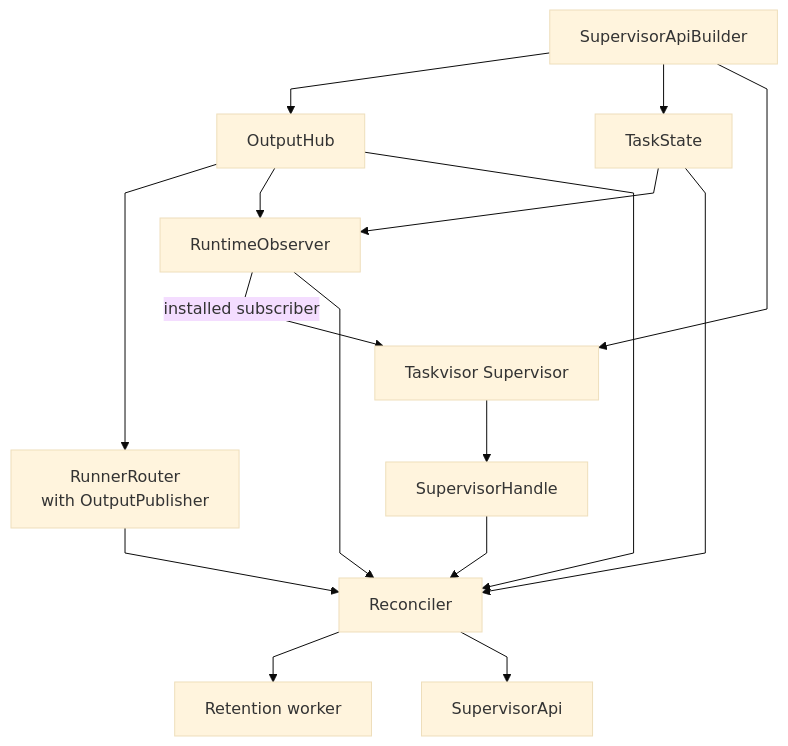
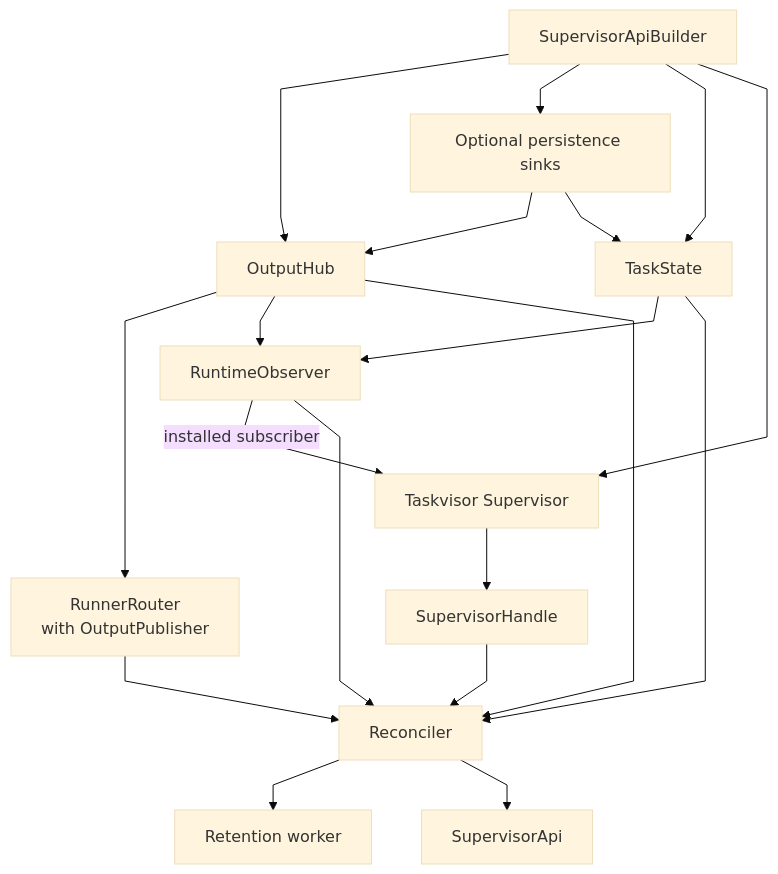
Before and after one commit to soltiHQ/sdk: the second of 8 diagrams in crates/solti-core/ARCHITECTURE.md, drawn with Mermaid (base theme). The commit also changed other lines of this file and 9 other files, not shown here.

First line of the commit message:
[core] Add persistence hooks for task state and output (#53)

````diff
--- a/crates/solti-core/ARCHITECTURE.md
+++ b/crates/solti-core/ARCHITECTURE.md
@@ -67,30 +72,34 @@
 ```mermaid
 %%{init: {"flowchart": {"curve": "linear"}}}%%
 flowchart TB
     Builder["SupervisorApiBuilder"]
     Output["OutputHub"]
+    Sinks["Optional persistence sinks"]
     Router["RunnerRouter<br/>with OutputPublisher"]
     State["TaskState"]
     Observer["RuntimeObserver"]
     Taskvisor["Taskvisor Supervisor"]
     Handle["SupervisorHandle"]
     Reconciler["Reconciler"]
     Retention["Retention worker"]
     Api["SupervisorApi"]
 
     Builder --> Output
+    Builder --> Sinks
+    Sinks --> Output
     Output --> Router
     Builder --> State
+    Sinks --> State
     State --> Observer
     Output --> Observer
     Observer -->|installed subscriber| Taskvisor
     Builder --> Taskvisor
     Taskvisor --> Handle
     Handle --> Reconciler
     Router --> Reconciler
     State --> Reconciler
     Observer --> Reconciler
     Output --> Reconciler
     Reconciler --> Retention
     Reconciler --> Api
 ```
````
